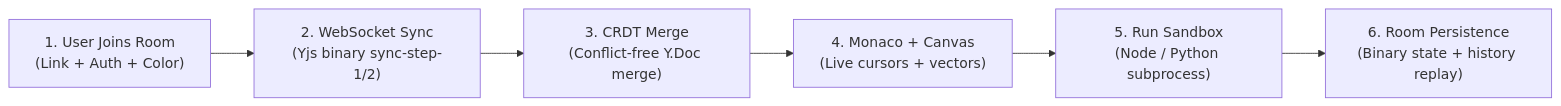
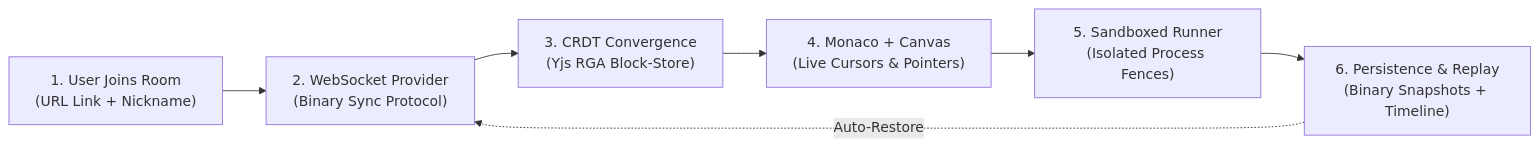
One commit to Anjelo-Sherin/collaborative-workspace changed the diagram in README.md. Above: the diagram before and after it, drawn with Mermaid. The commit also changed other lines of this file and 21 other files, not shown here.

Commit message:
docs: add architecture, API reference, deployment guide, genuine screenshots, and Docker setup

````diff
--- a/README.md
+++ b/README.md
@@ -38,8 +47,9 @@
 ```mermaid
 flowchart LR
-    A["1. User Joins Room\n(Link + Auth + Color)"] --> B["2. WebSocket Sync\n(Yjs binary sync-step-1/2)"]
-    B --> C["3. CRDT Merge\n(Conflict-free Y.Doc merge)"]
-    C --> D["4. Monaco + Canvas\n(Live cursors + vectors)"]
-    D --> E["5. Run Sandbox\n(Node / Python subprocess)"]
-    E --> F["6. Room Persistence\n(Binary state + history replay)"]
+    A["1. User Joins Room\n(URL Link + Nickname)"] --> B["2. WebSocket Provider\n(Binary Sync Protocol)"]
+    B --> C["3. CRDT Convergence\n(Yjs RGA Block-Store)"]
+    C --> D["4. Monaco + Canvas\n(Live Cursors & Pointers)"]
+    D --> E["5. Sandboxed Runner\n(Isolated Process Fences)"]
+    E --> F["6. Persistence & Replay\n(Binary Snapshots + Timeline)"]
+    F -.->|"Auto-Restore"| B
 ```
````
